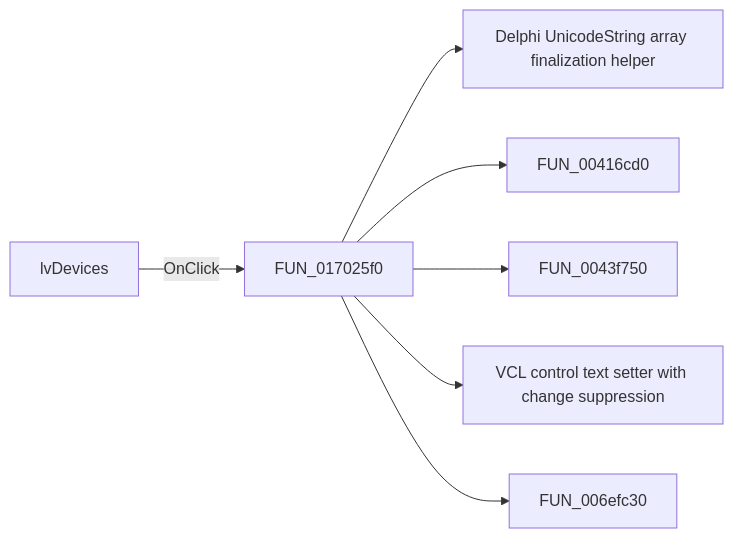
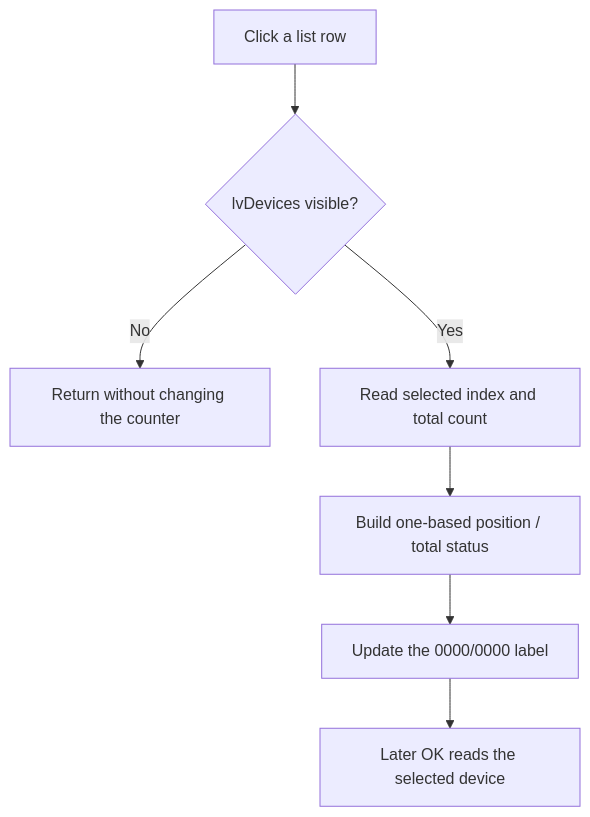
One commit to MovGP0/TIARA changed the diagram in docs/ui-controls/macropicker/lvdevices-d9c59b4df0.md. Above: the diagram before and after it, drawn with Mermaid. The commit also changed other lines of this file and 1062 other files, not shown here.

````diff
--- a/docs/ui-controls/macropicker/lvdevices-d9c59b4df0.md
+++ b/docs/ui-controls/macropicker/lvdevices-d9c59b4df0.md
@@ -27,9 +33,9 @@
 ```mermaid
-flowchart LR
-    control["lvDevices"] -->|OnClick| handler["FUN_017025f0"]
-    handler --> call1["Delphi UnicodeString array finalization helper"]
-    handler --> call2["FUN_00416cd0"]
-    handler --> call3["FUN_0043f750"]
-    handler --> call4["VCL control text setter with change suppression"]
-    handler --> call5["FUN_006efc30"]
+flowchart TD
+    click["Click a list row"] --> visible{"lvDevices visible?"}
+    visible -->|No| noOp["Return without changing the counter"]
+    visible -->|Yes| index["Read selected index and total count"]
+    index --> format["Build one-based position / total status"]
+    format --> label["Update the 0000/0000 label"]
+    label --> later["Later OK reads the selected device"]
 ```
````
